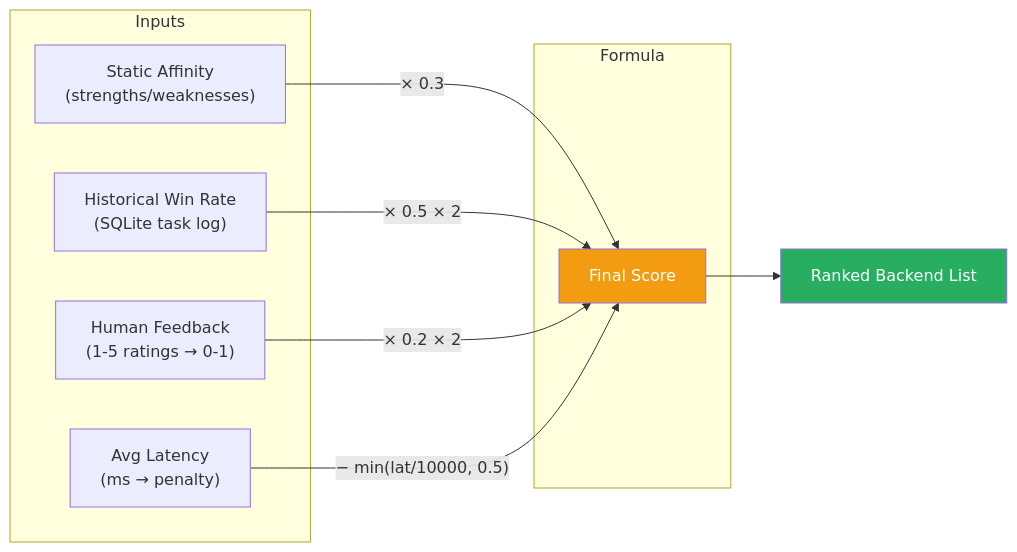
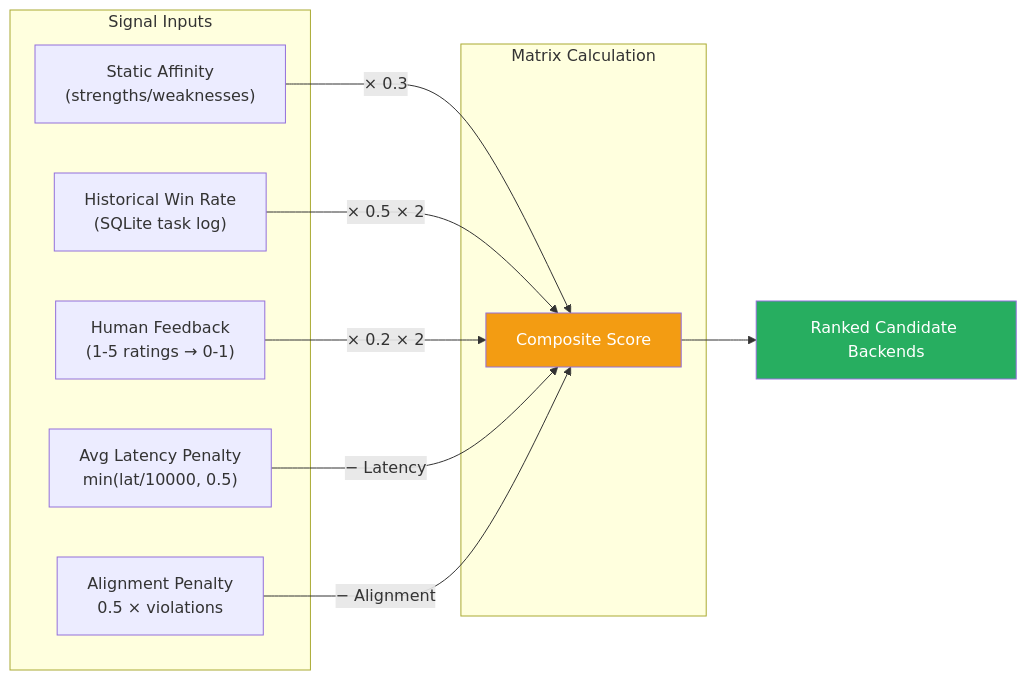
Before and after one commit to pradeepkumar-ai-byte/LEADER: the second of 4 diagrams in ARCHITECTURE.md, drawn with Mermaid. The commit also changed other lines of this file and 20 other files, not shown here.

Commit message:
feat(enterprise): add adapter maturity tiers, connection pooling, Prometheus telemetry, Dead-Letter Queue (schema v4), and 211+ tests

````diff
--- a/ARCHITECTURE.md
+++ b/ARCHITECTURE.md
@@ -49,21 +57,23 @@
 ```mermaid
 flowchart LR
-    subgraph Inputs
+    subgraph Signal Inputs
         S["Static Affinity\n(strengths/weaknesses)"]
         W["Historical Win Rate\n(SQLite task log)"]
         F["Human Feedback\n(1-5 ratings → 0-1)"]
-        L["Avg Latency\n(ms → penalty)"]
+        L["Avg Latency Penalty\nmin(lat/10000, 0.5)"]
+        A["Alignment Penalty\n0.5 × violations"]
     end
 
-    subgraph Formula
+    subgraph Matrix Calculation
         S -->|"× 0.3"| SCORE
         W -->|"× 0.5 × 2"| SCORE
         F -->|"× 0.2 × 2"| SCORE
-        L -->|"− min(lat/10000, 0.5)"| SCORE
+        L -->|"− Latency"| SCORE
+        A -->|"− Alignment"| SCORE
     end
 
-    SCORE["Final Score"] --> R["Ranked Backend List"]
+    SCORE["Composite Score"] --> R["Ranked Candidate Backends"]
 
     style SCORE fill:#F39C12,color:#fff
     style R fill:#27AE60,color:#fff
 ```
````
